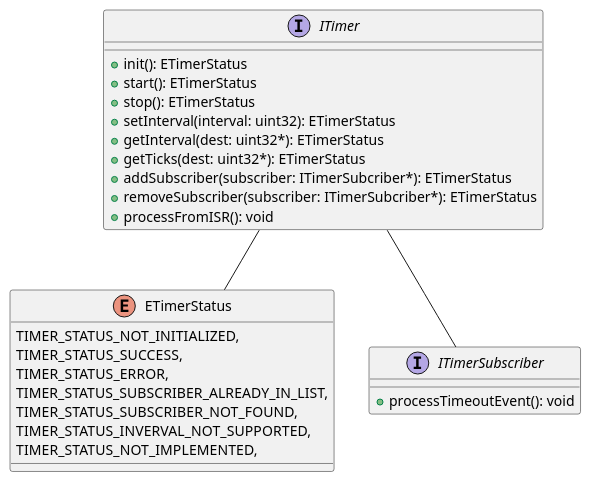
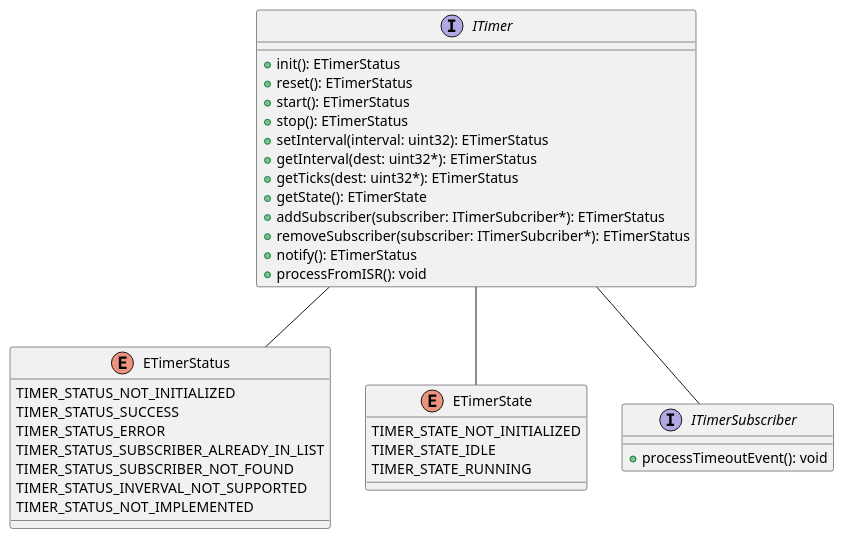
One commit to dieisabel/scilla changed the first of 3 diagrams in docs/technical_docs/software_architecture.md. Above: the diagram before and after it, drawn with PlantUML. The commit also changed other lines of this file, not shown here.

Commit message:
Add Task and ADC APIs, extend Timers API, software architecture v0.2

````diff
--- a/docs/technical_docs/software_architecture.md
+++ b/docs/technical_docs/software_architecture.md
@@ -33,34 +35,44 @@
 ```plantuml
 @startuml
 
 enum ETimerStatus {
-    TIMER_STATUS_NOT_INITIALIZED,
-    TIMER_STATUS_SUCCESS,
-    TIMER_STATUS_ERROR,
-    TIMER_STATUS_SUBSCRIBER_ALREADY_IN_LIST,
-    TIMER_STATUS_SUBSCRIBER_NOT_FOUND,
-    TIMER_STATUS_INVERVAL_NOT_SUPPORTED,
-    TIMER_STATUS_NOT_IMPLEMENTED,
+    TIMER_STATUS_NOT_INITIALIZED
+    TIMER_STATUS_SUCCESS
+    TIMER_STATUS_ERROR
+    TIMER_STATUS_SUBSCRIBER_ALREADY_IN_LIST
+    TIMER_STATUS_SUBSCRIBER_NOT_FOUND
+    TIMER_STATUS_INVERVAL_NOT_SUPPORTED
+    TIMER_STATUS_NOT_IMPLEMENTED
+}
+
+enum ETimerState {
+    TIMER_STATE_NOT_INITIALIZED
+    TIMER_STATE_IDLE
+    TIMER_STATE_RUNNING
 }
 
 interface ITimerSubscriber {
     + processTimeoutEvent(): void
 }
 
 interface ITimer {
     + init(): ETimerStatus
+    + reset(): ETimerStatus
     + start(): ETimerStatus
     + stop(): ETimerStatus
     + setInterval(interval: uint32): ETimerStatus
     + getInterval(dest: uint32*): ETimerStatus
     + getTicks(dest: uint32*): ETimerStatus
+    + getState(): ETimerState
     + addSubscriber(subscriber: ITimerSubcriber*): ETimerStatus
     + removeSubscriber(subscriber: ITimerSubcriber*): ETimerStatus
+    + notify(): ETimerStatus
     + processFromISR(): void
 }
 
 ITimer -- ITimerSubscriber
 ITimer -- ETimerStatus
+ITimer -- ETimerState
 
 @enduml
 ```
````
